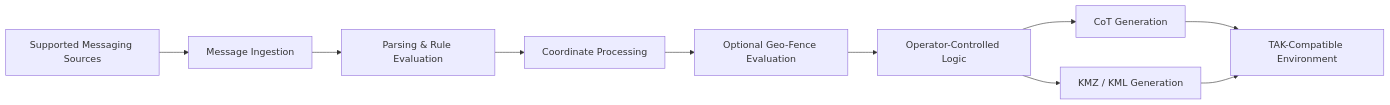
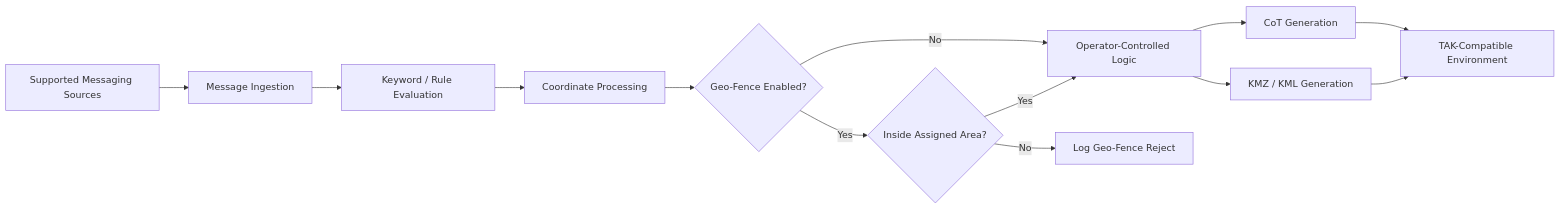
Before and after one commit to WOwen14/SOACS-DaggerBridge: the diagram in README.md, drawn with Mermaid. The commit also changed other lines of this file, not shown here.

Commit message:
docs: update public DaggerBridge page for released v1.1 Geo-Fencing

````diff
--- a/README.md
+++ b/README.md
@@ -123,12 +63,15 @@
 ```mermaid
 flowchart LR
     A[Supported Messaging Sources] --> B[Message Ingestion]
-    B --> C[Parsing & Rule Evaluation]
+    B --> C[Keyword / Rule Evaluation]
     C --> D[Coordinate Processing]
-    D --> GF[Optional Geo-Fence Evaluation]
-    GF --> E[Operator-Controlled Logic]
+    D --> GF{Geo-Fence Enabled?}
+    GF -- No --> E[Operator-Controlled Logic]
+    GF -- Yes --> G{Inside Assigned Area?}
+    G -- No --> R[Log Geo-Fence Reject]
+    G -- Yes --> E
     E --> F[CoT Generation]
-    E --> G[KMZ / KML Generation]
+    E --> K[KMZ / KML Generation]
     F --> H[TAK-Compatible Environment]
-    G --> H
+    K --> H
 ```
````
